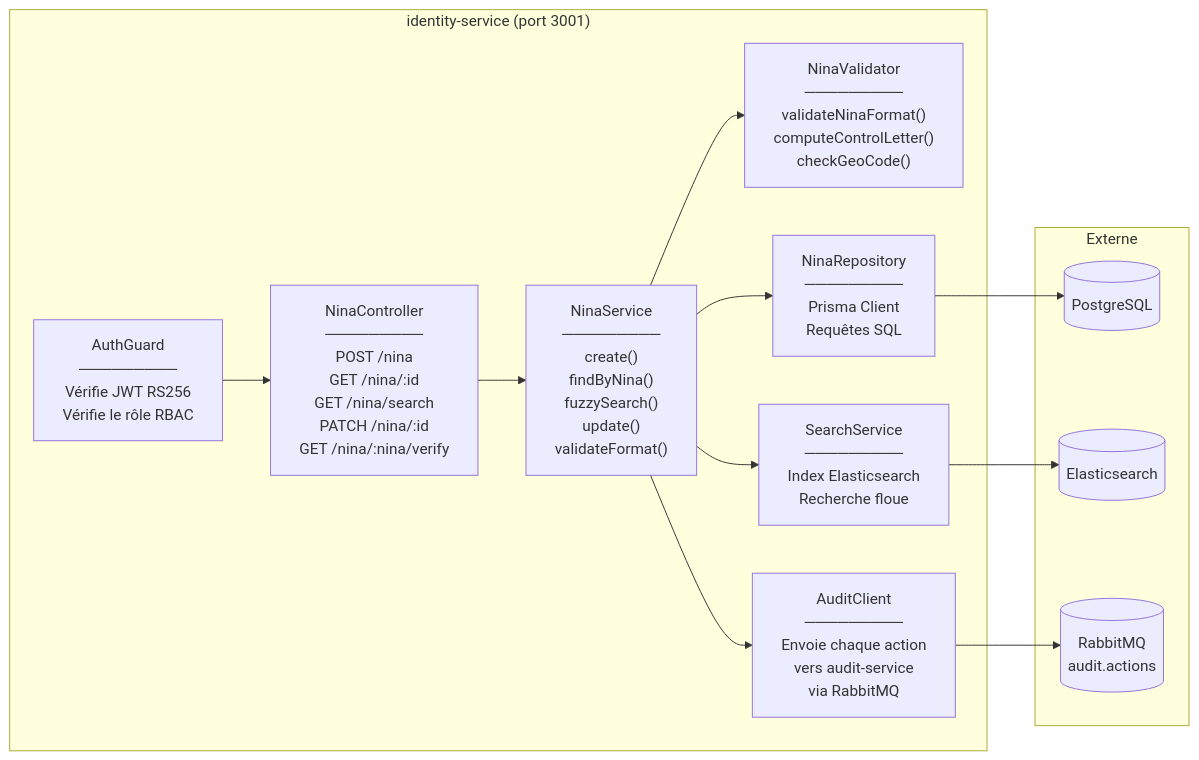
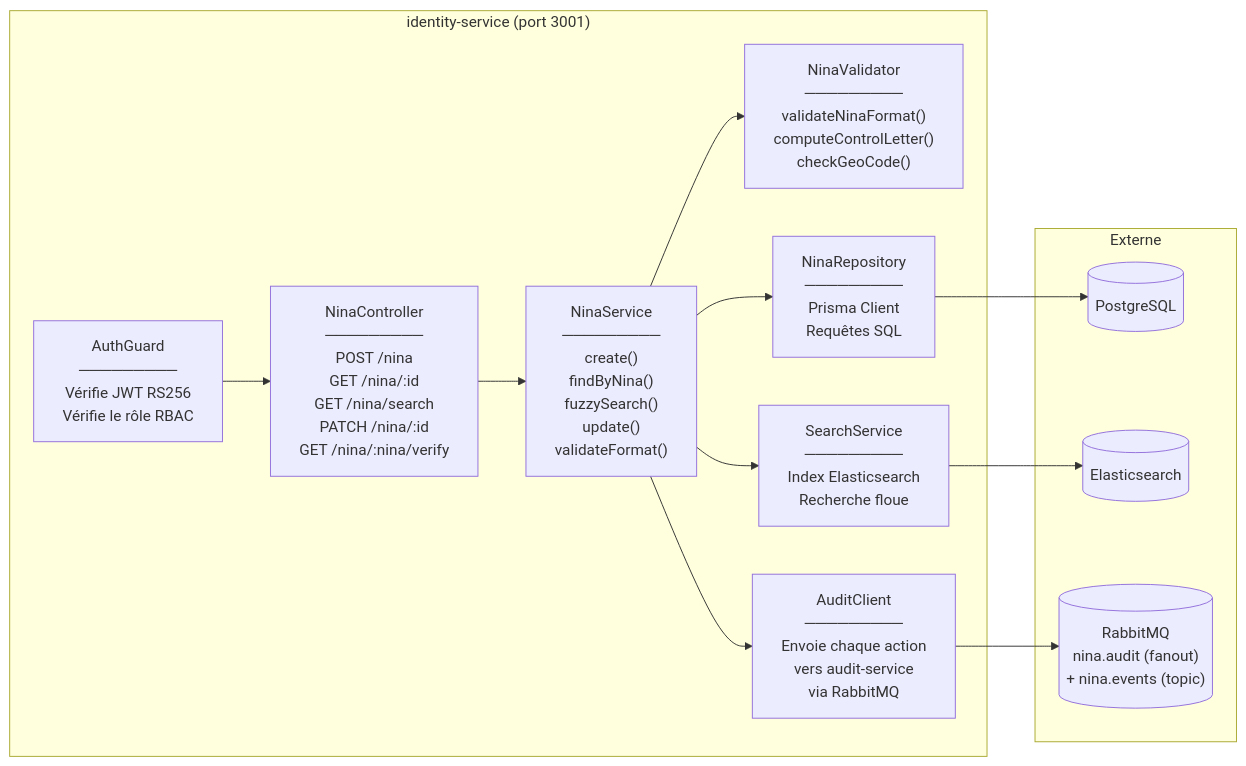
Before and after one commit to TheManInPink/Session-Ete-2026: the third of 13 diagrams in docs/02-ARCHITECTURE-GLOBALE.md, drawn with Mermaid. The commit also changed other lines of this file and 7 other files, not shown here.

````diff
--- a/docs/02-ARCHITECTURE-GLOBALE.md
+++ b/docs/02-ARCHITECTURE-GLOBALE.md
@@ -207,35 +237,35 @@
 ```mermaid
 graph LR
     subgraph "identity-service (port 3001)"
         CTRL["NinaController<br/>─────────<br/>POST /nina<br/>GET /nina/:id<br/>GET /nina/search<br/>PATCH /nina/:id<br/>GET /nina/:nina/verify"]
 
         SVC["NinaService<br/>─────────<br/>create()<br/>findByNina()<br/>fuzzySearch()<br/>update()<br/>validateFormat()"]
 
         VALID["NinaValidator<br/>─────────<br/>validateNinaFormat()<br/>computeControlLetter()<br/>checkGeoCode()"]
 
         REPO["NinaRepository<br/>─────────<br/>Prisma Client<br/>Requêtes SQL"]
 
         ES_SVC["SearchService<br/>─────────<br/>Index Elasticsearch<br/>Recherche floue"]
 
         AUDIT_CL["AuditClient<br/>─────────<br/>Envoie chaque action<br/>vers audit-service<br/>via RabbitMQ"]
 
         GUARD["AuthGuard<br/>─────────<br/>Vérifie JWT RS256<br/>Vérifie le rôle RBAC"]
     end
 
     subgraph "Externe"
         PG_DB[("PostgreSQL")]
         ES_DB[("Elasticsearch")]
-        RMQ_Q[("RabbitMQ<br/>audit.actions")]
+        RMQ_Q[("RabbitMQ<br/>nina.audit (fanout)<br/>+ nina.events (topic)")]
     end
 
     GUARD --> CTRL
     CTRL --> SVC
     SVC --> VALID
     SVC --> REPO
     SVC --> ES_SVC
     SVC --> AUDIT_CL
 
     REPO --> PG_DB
     ES_SVC --> ES_DB
     AUDIT_CL --> RMQ_Q
 ```
````
